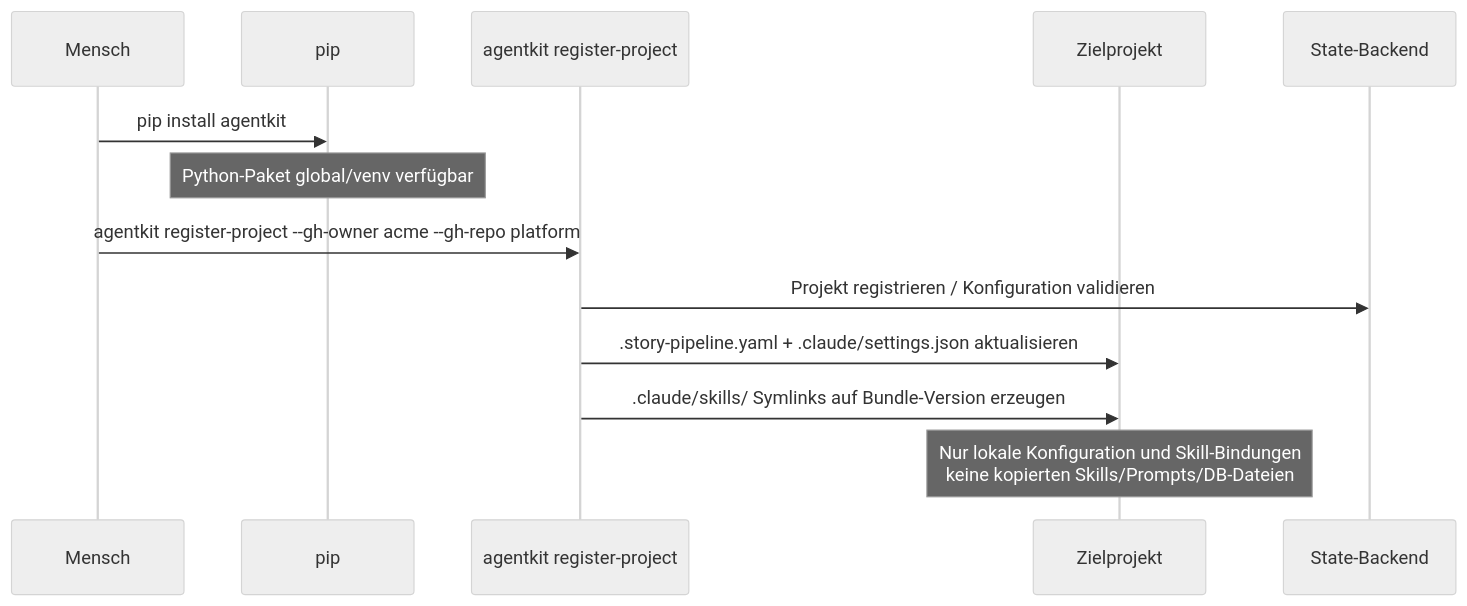
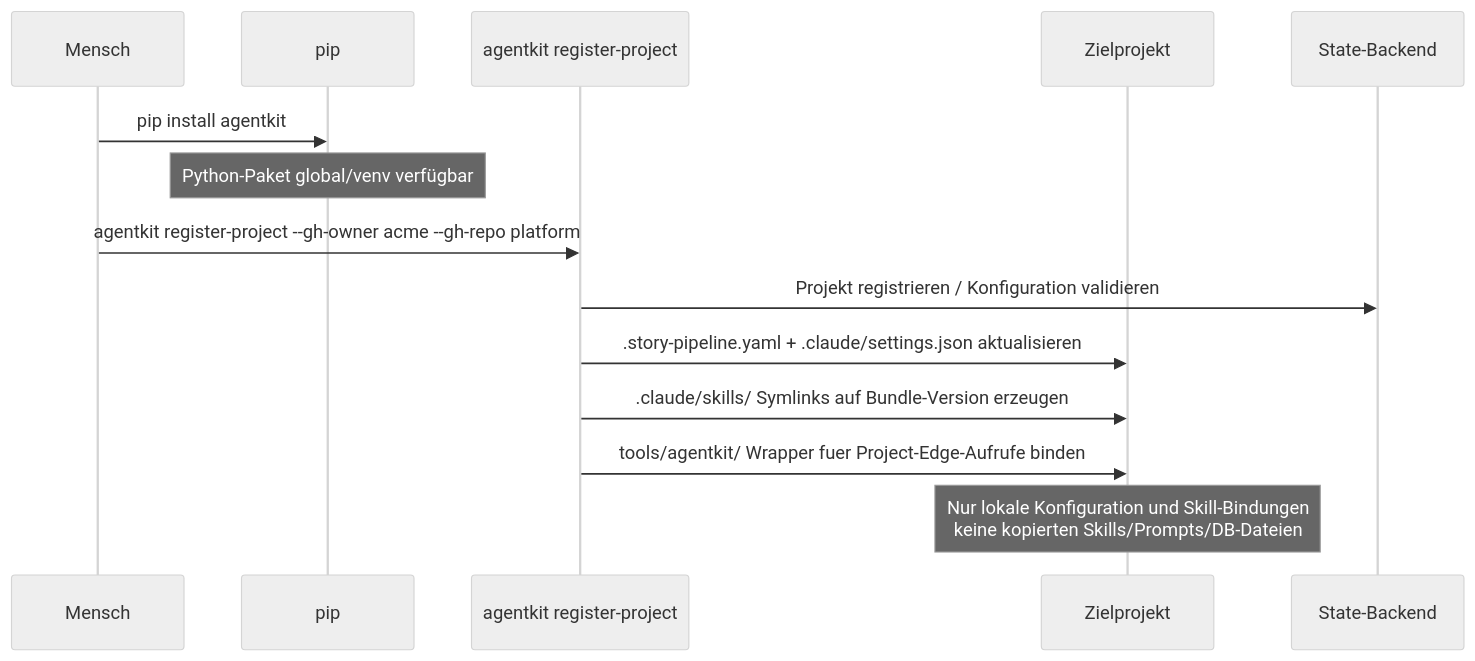
Before and after one commit to saltenhof/claude-agentkit3: the second of 2 diagrams in concept/technical-design/10_runtime_deployment_speicher.md, drawn with Mermaid (neutral theme). The commit also changed other lines of this file and 33 other files, not shown here.

Commit message:
Implement project edge control plane runtime

````diff
--- a/concept/technical-design/10_runtime_deployment_speicher.md
+++ b/concept/technical-design/10_runtime_deployment_speicher.md
@@ -132,16 +132,17 @@
 ```mermaid
 sequenceDiagram
     participant M as Mensch
     participant PIP as pip
     participant INS as agentkit register-project
     participant PROJ as Zielprojekt
     participant STATE as State-Backend
 
     M->>PIP: pip install agentkit
     Note over PIP: Python-Paket global/venv verfügbar
     M->>INS: agentkit register-project --gh-owner acme --gh-repo platform
     INS->>STATE: Projekt registrieren / Konfiguration validieren
     INS->>PROJ: .story-pipeline.yaml + .claude/settings.json aktualisieren
     INS->>PROJ: .claude/skills/ Symlinks auf Bundle-Version erzeugen
+    INS->>PROJ: tools/agentkit/ Wrapper fuer Project-Edge-Aufrufe binden
     Note over PROJ: Nur lokale Konfiguration und Skill-Bindungen<br/>keine kopierten Skills/Prompts/DB-Dateien
 ```
````
